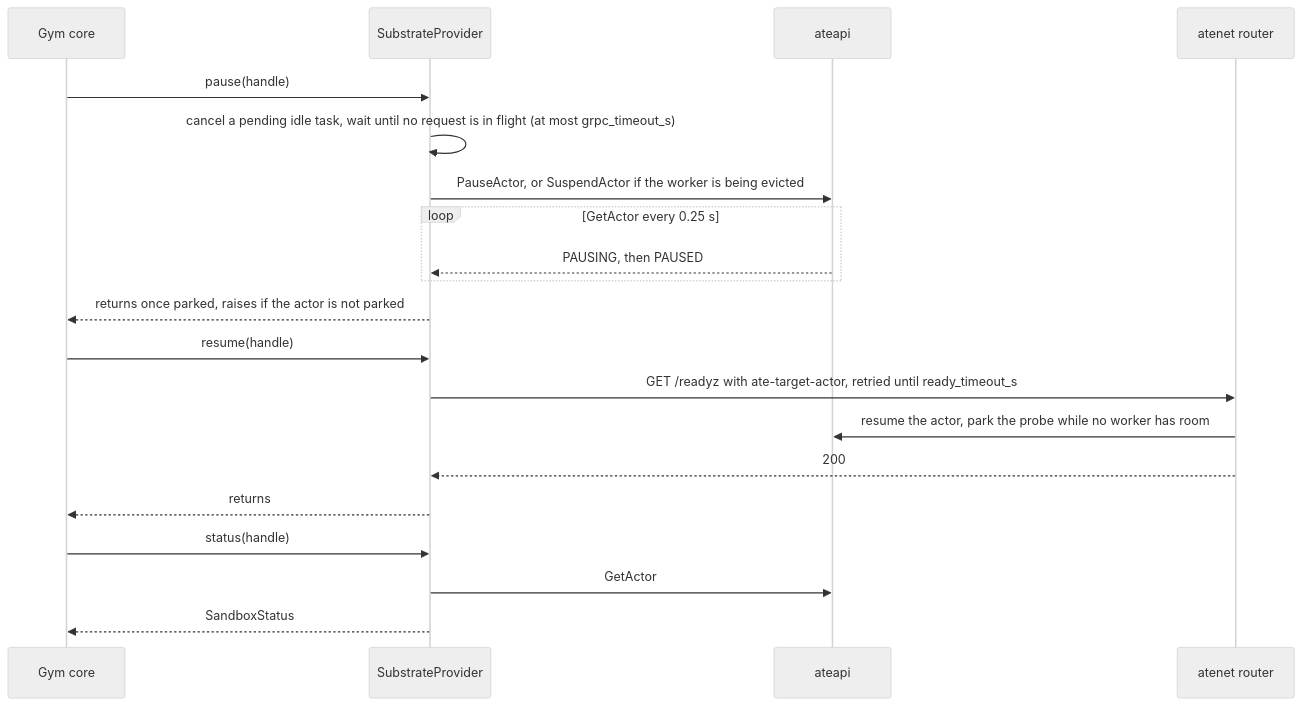
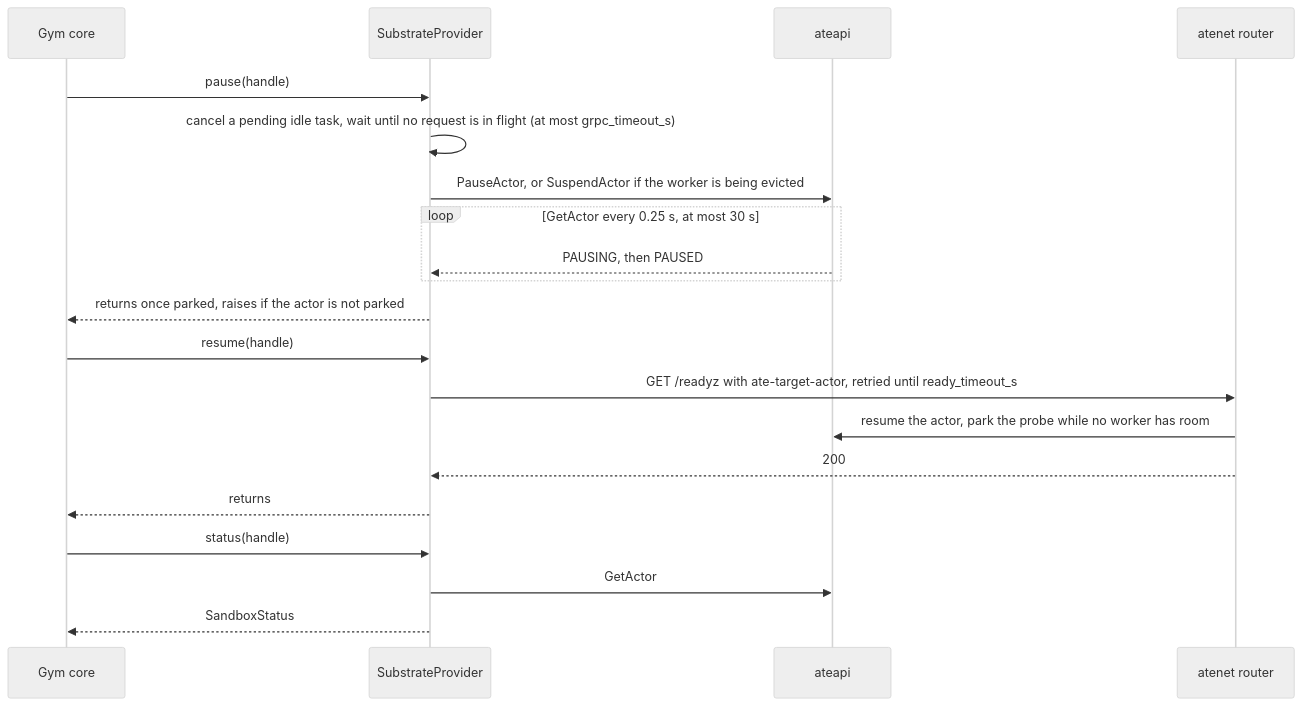
The seventh of 8 diagrams in docs/architecture.md (dims/gym-substrate), drawn with Mermaid (neutral theme) before and after one commit. The commit also changed other lines of this file and 3 other files, not shown here.

````diff
--- a/docs/architecture.md
+++ b/docs/architecture.md
@@ -286,23 +287,23 @@
 ```mermaid
 sequenceDiagram
   participant C as Gym core
   participant P as SubstrateProvider
   participant A as ateapi
   participant R as atenet router
 
   C->>P: pause(handle)
   P->>P: cancel a pending idle task, wait until no request is in flight (at most grpc_timeout_s)
   P->>A: PauseActor, or SuspendActor if the worker is being evicted
-  loop GetActor every 0.25 s
+  loop GetActor every 0.25 s, at most 30 s
     A-->>P: PAUSING, then PAUSED
   end
   P-->>C: returns once parked, raises if the actor is not parked
   C->>P: resume(handle)
   P->>R: GET /readyz with ate-target-actor, retried until ready_timeout_s
   R->>A: resume the actor, park the probe while no worker has room
   R-->>P: 200
   P-->>C: returns
   C->>P: status(handle)
   P->>A: GetActor
   P-->>C: SandboxStatus
 ```
````
